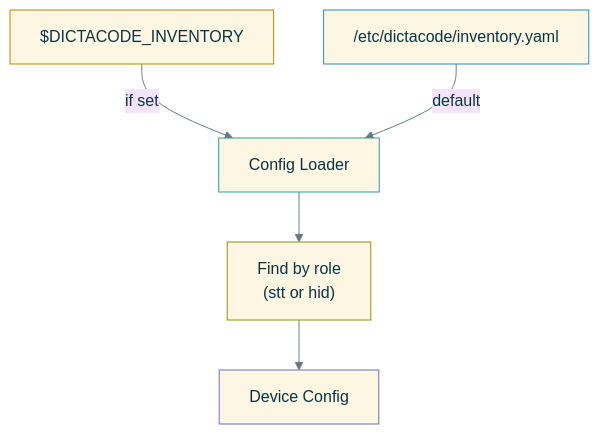
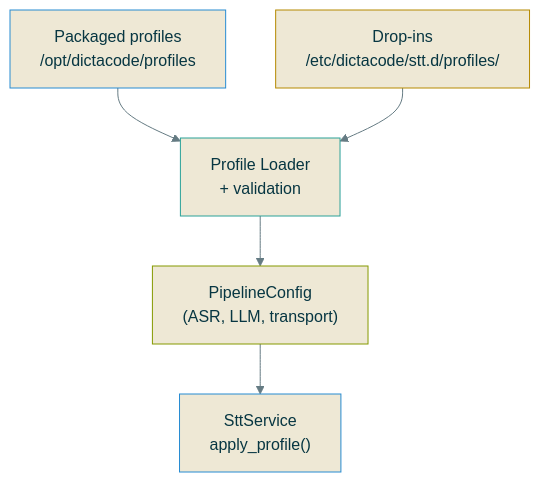
One commit to cprima-homelab/dictacode changed the sixth of 18 diagrams in docs/diagrams.md. Above: the diagram before and after it, drawn with Mermaid. The commit also changed other lines of this file and 3 other files, not shown here.

First line of the commit message:
Add architecture plans v0.3.10-v0.3.11 and code map tool

````diff
--- a/docs/diagrams.md
+++ b/docs/diagrams.md
@@ -172,20 +190,19 @@
 ```mermaid
 %%{init: {'theme': 'base', 'themeVariables': { 'primaryColor': '#fdf6e3', 'primaryTextColor': '#073642', 'primaryBorderColor': '#268bd2', 'lineColor': '#657b83'}}}%%
 flowchart TB
-    ENV["$DICTACODE_INVENTORY"]
-    ETC["/etc/dictacode/inventory.yaml"]
-    LOADER["Config Loader"]
-    ROLE["Find by role<br/>(stt or hid)"]
-    CONFIG["Device Config"]
+    DEF["Packaged profiles\n/opt/dictacode/profiles"]
+    DROP["Drop-ins\n/etc/dictacode/stt.d/profiles/"]
+    LOADER["Profile Loader\n+ validation"]
+    CFG["PipelineConfig\n(ASR, LLM, transport)"]
+    SVC["SttService\napply_profile()"]
 
-    ENV -->|if set| LOADER
-    ETC -->|default| LOADER
-    LOADER --> ROLE
-    ROLE --> CONFIG
+    DEF --> LOADER
+    DROP --> LOADER
+    LOADER --> CFG --> SVC
 
-    style ENV fill:#fdf6e3,stroke:#b58900,color:#073642
-    style ETC fill:#fdf6e3,stroke:#268bd2,color:#073642
-    style LOADER fill:#fdf6e3,stroke:#2aa198,color:#073642
-    style ROLE fill:#fdf6e3,stroke:#859900,color:#073642
-    style CONFIG fill:#fdf6e3,stroke:#6c71c4,color:#073642
+    style DEF fill:#eee8d5,stroke:#268bd2,color:#073642
+    style DROP fill:#eee8d5,stroke:#b58900,color:#073642
+    style LOADER fill:#eee8d5,stroke:#2aa198,color:#073642
+    style CFG fill:#eee8d5,stroke:#859900,color:#073642
+    style SVC fill:#eee8d5,stroke:#268bd2,color:#073642
 ```
````
